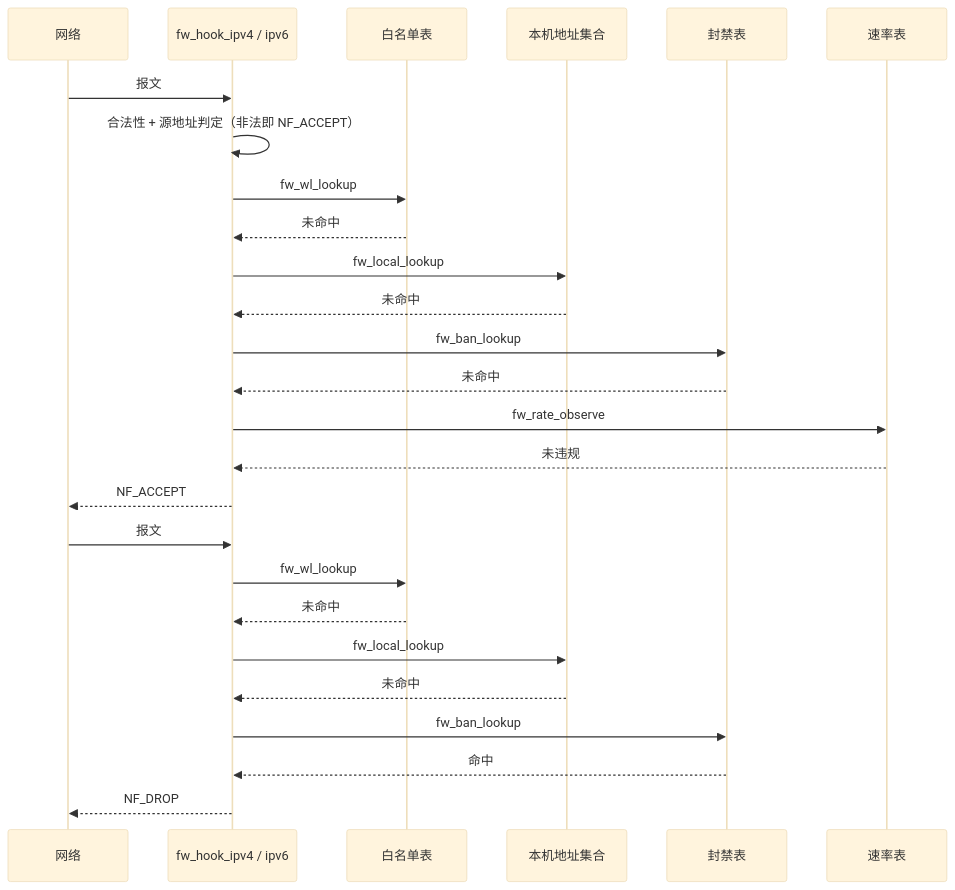
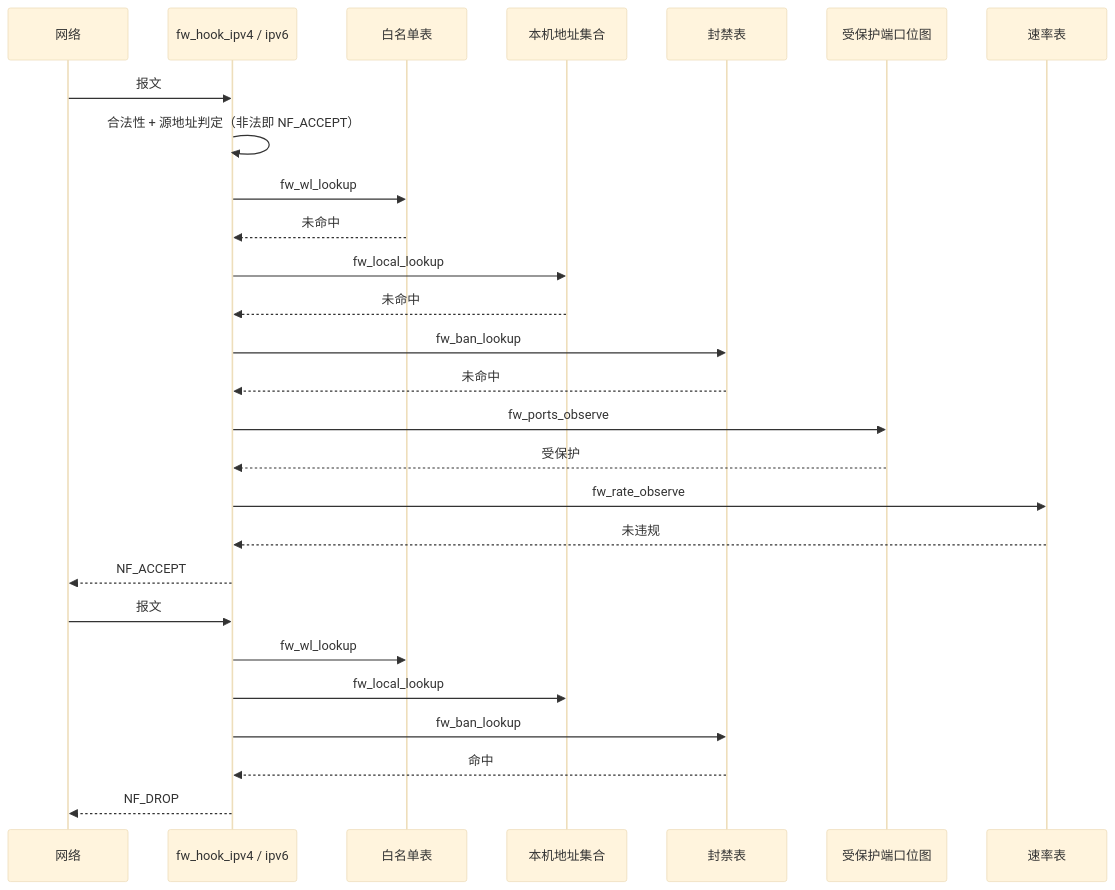
One commit to SnowCore8/linux-firewall-kmod changed the fifth of 5 diagrams in docs/zh/architecture/data-flow.md. Above: the diagram before and after it, drawn with Mermaid (base theme). The commit also changed other lines of this file and 25 other files, not shown here.

````diff
--- a/docs/zh/architecture/data-flow.md
+++ b/docs/zh/architecture/data-flow.md
@@ -295,30 +284,31 @@
 ```mermaid
 sequenceDiagram
     participant Net as 网络
     participant Hook as fw_hook_ipv4 / ipv6
     participant WL as 白名单表
     participant Local as 本机地址集合
     participant Ban as 封禁表
+    participant Ports as 受保护端口位图
     participant Rate as 速率表
 
     Net->>Hook: 报文
     Hook->>Hook: 合法性 + 源地址判定（非法即 NF_ACCEPT）
     Hook->>WL: fw_wl_lookup
     WL-->>Hook: 未命中
     Hook->>Local: fw_local_lookup
     Local-->>Hook: 未命中
     Hook->>Ban: fw_ban_lookup
     Ban-->>Hook: 未命中
+    Hook->>Ports: fw_ports_observe
+    Ports-->>Hook: 受保护
     Hook->>Rate: fw_rate_observe
     Rate-->>Hook: 未违规
     Hook-->>Net: NF_ACCEPT
 
     Net->>Hook: 报文
     Hook->>WL: fw_wl_lookup
-    WL-->>Hook: 未命中
     Hook->>Local: fw_local_lookup
-    Local-->>Hook: 未命中
     Hook->>Ban: fw_ban_lookup
     Ban-->>Hook: 命中
     Hook-->>Net: NF_DROP
 ```
````
